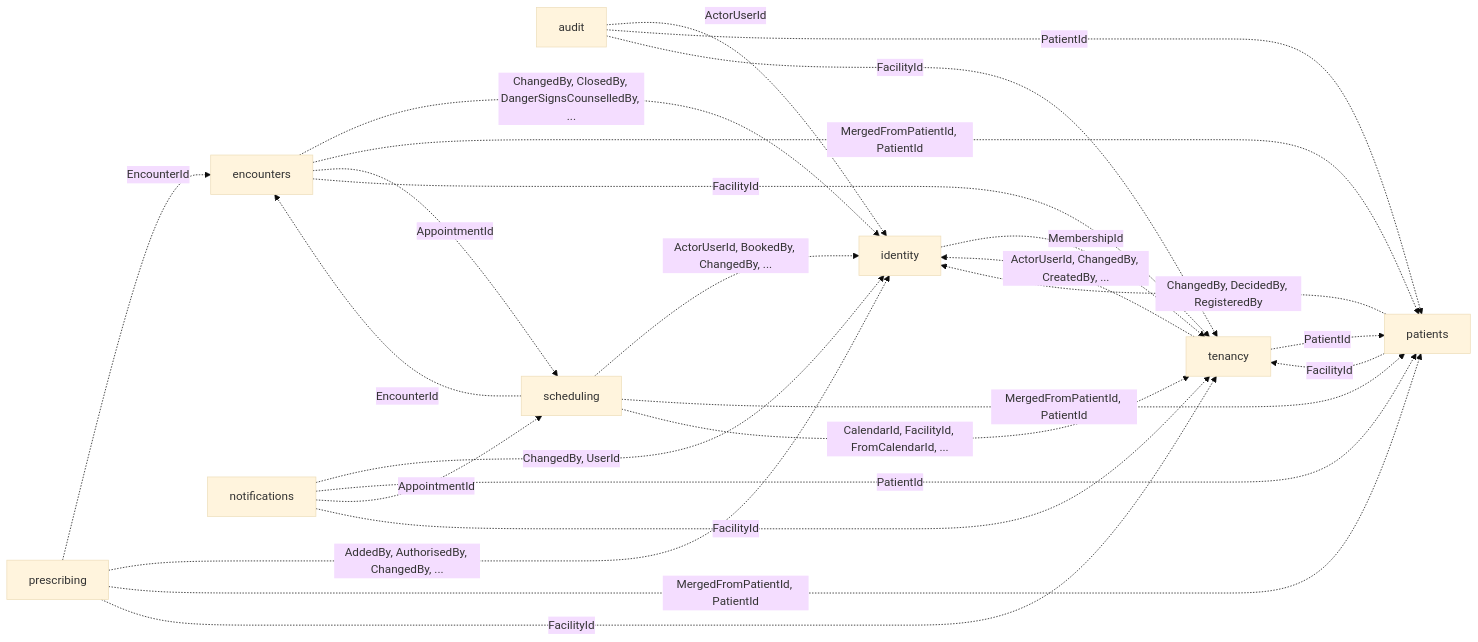
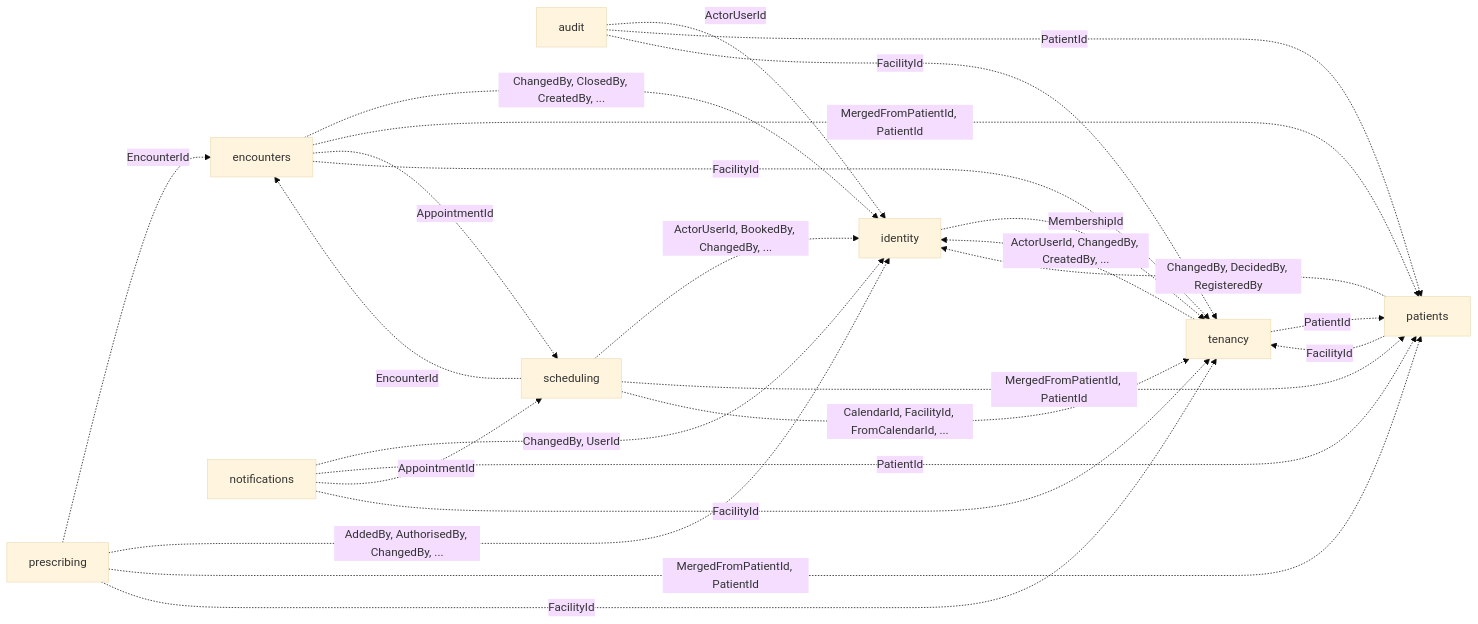
Before and after one commit to ALFRED-LUCIFER/medvya: the third of 14 diagrams in docs/03-architecture/erd.md, drawn with Mermaid (base theme). The commit also changed other lines of this file and 31 other files, not shown here.

````diff
--- a/docs/03-architecture/erd.md
+++ b/docs/03-architecture/erd.md
@@ -95,27 +95,27 @@
 ```mermaid
 flowchart LR
   audit -.->|"ActorUserId"| identity
   audit -.->|"PatientId"| patients
   audit -.->|"FacilityId"| tenancy
-  encounters -.->|"ChangedBy, ClosedBy, DangerSignsCounselledBy, ..."| identity
+  encounters -.->|"ChangedBy, ClosedBy, CreatedBy, ..."| identity
   encounters -.->|"MergedFromPatientId, PatientId"| patients
   encounters -.->|"AppointmentId"| scheduling
   encounters -.->|"FacilityId"| tenancy
   identity -.->|"MembershipId"| tenancy
   notifications -.->|"ChangedBy, UserId"| identity
   notifications -.->|"PatientId"| patients
   notifications -.->|"AppointmentId"| scheduling
   notifications -.->|"FacilityId"| tenancy
   patients -.->|"ChangedBy, DecidedBy, RegisteredBy"| identity
   patients -.->|"FacilityId"| tenancy
   prescribing -.->|"EncounterId"| encounters
   prescribing -.->|"AddedBy, AuthorisedBy, ChangedBy, ..."| identity
   prescribing -.->|"MergedFromPatientId, PatientId"| patients
   prescribing -.->|"FacilityId"| tenancy
   scheduling -.->|"EncounterId"| encounters
   scheduling -.->|"ActorUserId, BookedBy, ChangedBy, ..."| identity
   scheduling -.->|"MergedFromPatientId, PatientId"| patients
   scheduling -.->|"CalendarId, FacilityId, FromCalendarId, ..."| tenancy
   tenancy -.->|"ActorUserId, ChangedBy, CreatedBy, ..."| identity
   tenancy -.->|"PatientId"| patients
 ```
````
